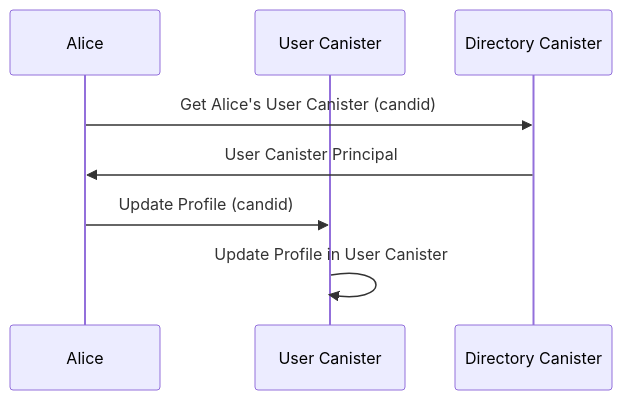
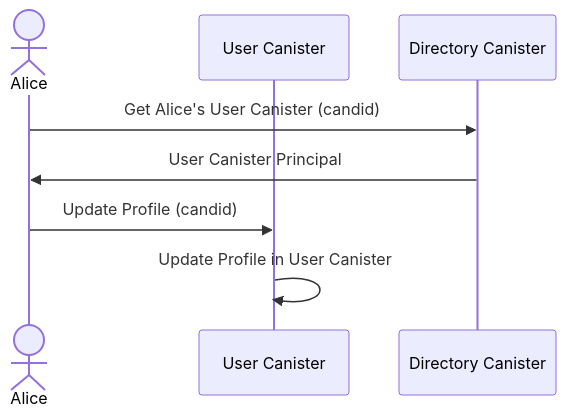
One commit to veeso/mastic changed the fourth of 11 diagrams in docs/architecture/README.md. Above: the diagram before and after it, drawn with Mermaid. The commit also changed other lines of this file and 3 other files, not shown here.

````diff
--- a/docs/architecture/README.md
+++ b/docs/architecture/README.md
@@ -96,11 +96,11 @@
 ```mermaid
 sequenceDiagram
-    participant A as Alice
+    actor A as Alice
     participant UC as User Canister
     participant DIR as Directory Canister
 
     A->>DIR: Get Alice's User Canister (candid)
     DIR->>A: User Canister Principal
     A->>UC: Update Profile (candid)
     UC->>UC: Update Profile in User Canister
 ```
````
